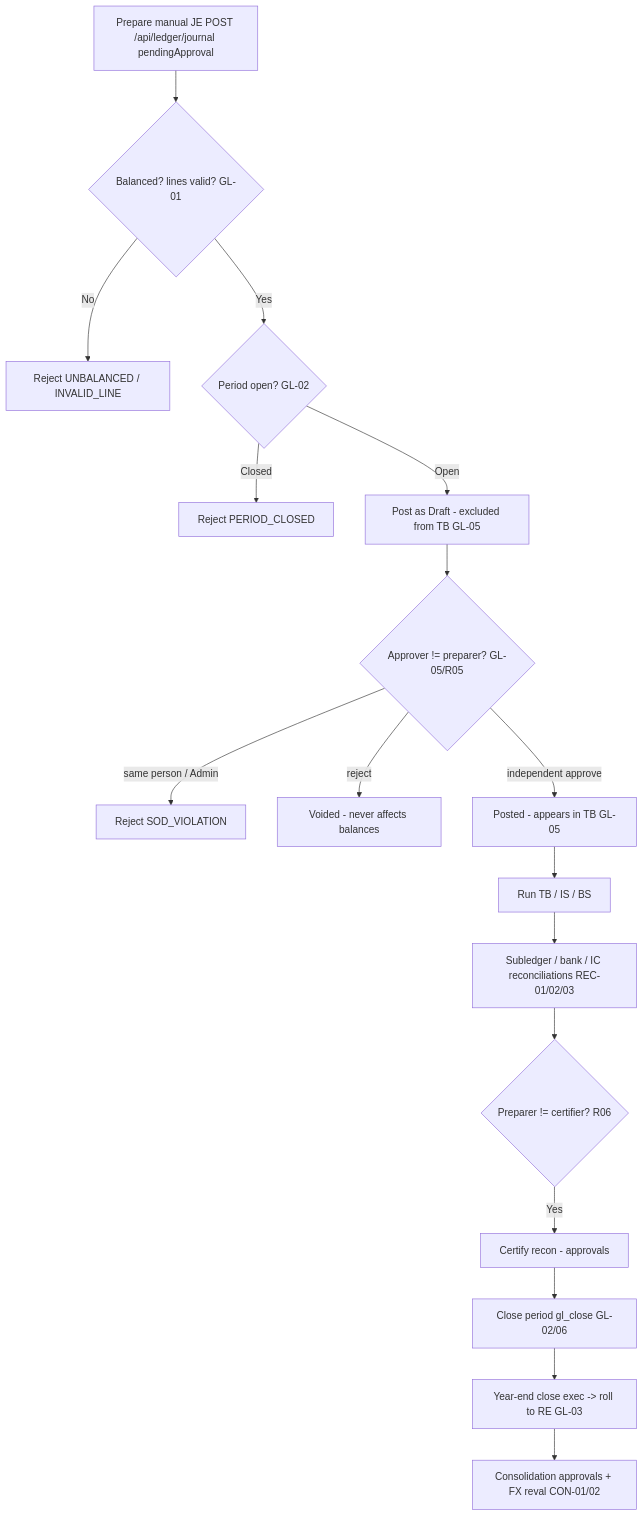
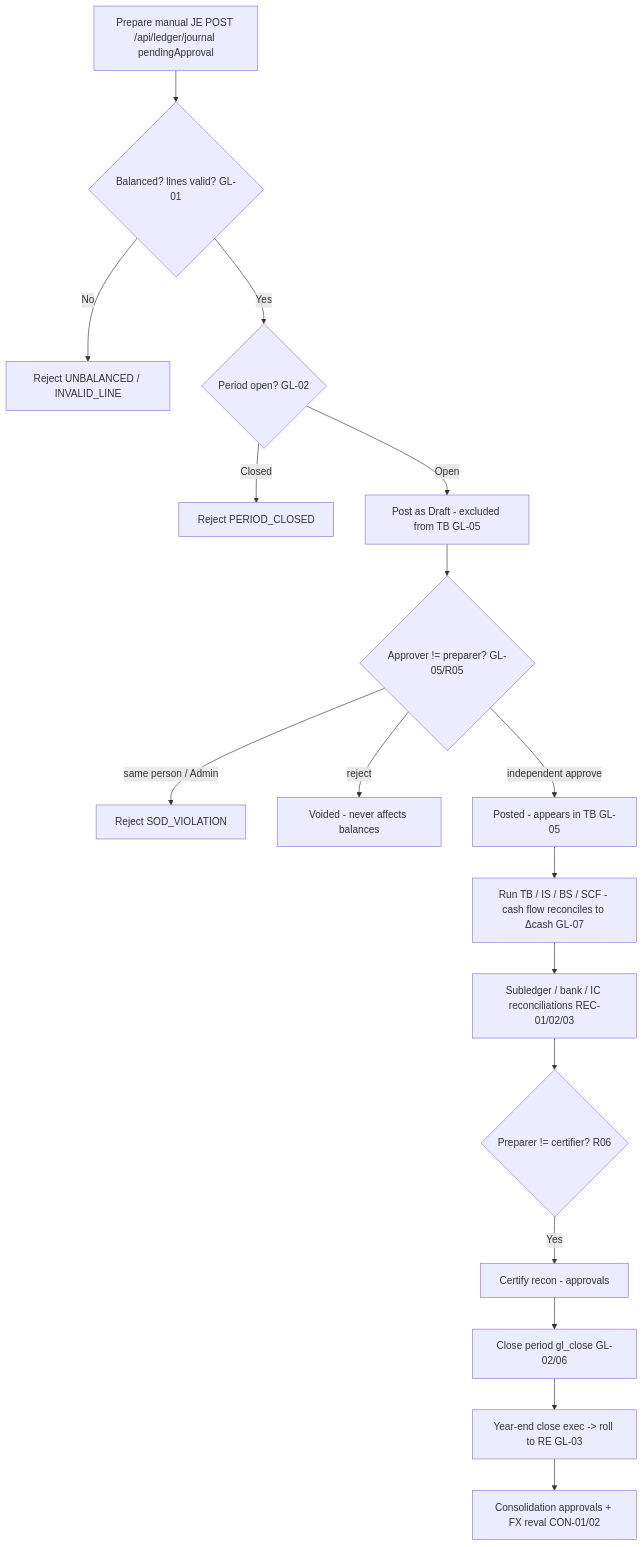
Before and after one commit to wayla69/invisibleERP: the diagram in docs/process-narratives/04-general-ledger-close.md, drawn with Mermaid. The commit also changed other lines of this file and 20 other files, not shown here.

First line of the commit message:
feat(finance): add Statement of Cash Flows (indirect) + AR collections/dunning

````diff
--- a/docs/process-narratives/04-general-ledger-close.md
+++ b/docs/process-narratives/04-general-ledger-close.md
@@ -74,19 +75,19 @@
 ```mermaid
 flowchart TD
     A[Prepare manual JE POST /api/ledger/journal pendingApproval] --> B{Balanced? lines valid? GL-01}
     B -- "No" --> B1[Reject UNBALANCED / INVALID_LINE]
     B -- "Yes" --> C{Period open? GL-02}
     C -- "Closed" --> C1[Reject PERIOD_CLOSED]
     C -- "Open" --> D[Post as Draft - excluded from TB GL-05]
     D --> E{Approver != preparer? GL-05/R05}
     E -- "same person / Admin" --> E1[Reject SOD_VIOLATION]
     E -- "reject" --> E2[Voided - never affects balances]
     E -- "independent approve" --> F[Posted - appears in TB GL-05]
-    F --> G[Run TB / IS / BS]
+    F --> G[Run TB / IS / BS / SCF - cash flow reconciles to Δcash GL-07]
     G --> H[Subledger / bank / IC reconciliations REC-01/02/03]
     H --> I{Preparer != certifier? R06}
     I -- "Yes" --> J[Certify recon - approvals]
     J --> K[Close period gl_close GL-02/06]
     K --> L[Year-end close exec -> roll to RE GL-03]
     L --> M[Consolidation approvals + FX reval CON-01/02]
 ```
````
